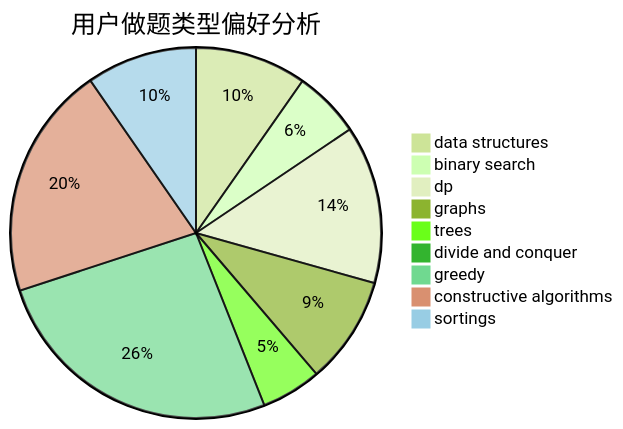
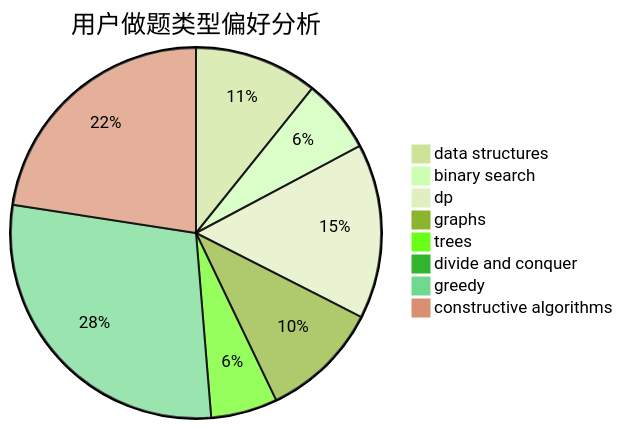
One commit to sherpahu/cfrs.github.io changed the second of 3 diagrams in docs/user/u1499.md. Above: the diagram before and after it, drawn with Mermaid (forest theme). The commit also changed other lines of this file and 2769 other files, not shown here.

````diff
--- a/docs/user/u1499.md
+++ b/docs/user/u1499.md
@@ -18,12 +18,11 @@
 ```mermaid
 pie title 用户做题类型偏好分析
     "data structures" :  115
     "binary search" :  69
     "dp" :  163
     "graphs" :  111
     "trees" :  62
     "divide and conquer" :  10
     "greedy" :  307
     "constructive algorithms" :  241
-    "sortings" :  114
 ```
````
